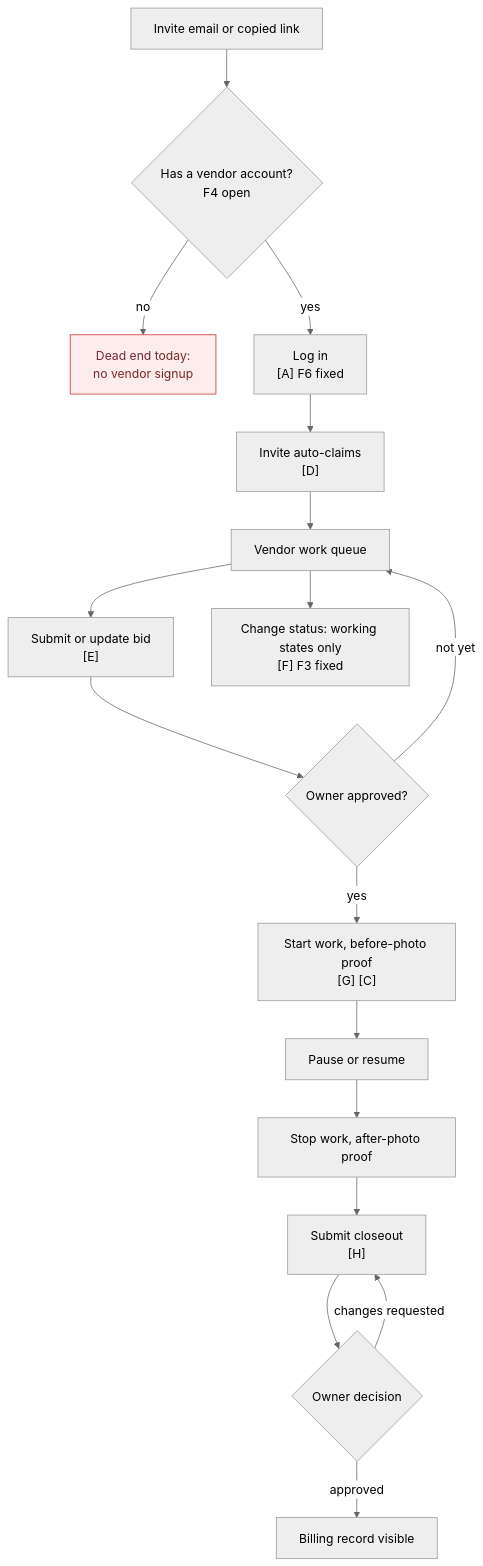
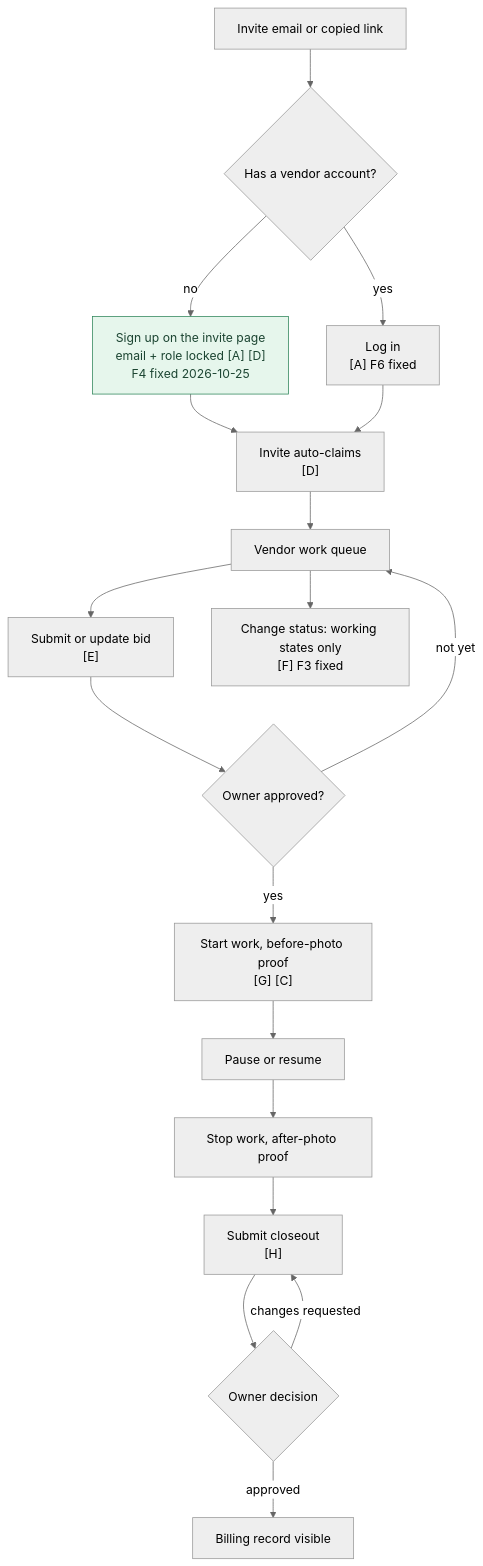
Before and after one commit to hypnoticdata777/turnflow-home: the third of 7 diagrams in docs/00-overview/system-map.md, drawn with Mermaid (neutral theme). The commit also changed other lines of this file and 19 other files, not shown here.

First line of the commit message:
F4: let invited vendors and helpers sign up from their invite

````diff
--- a/docs/00-overview/system-map.md
+++ b/docs/00-overview/system-map.md
@@ -118,21 +118,23 @@
 ```mermaid
 flowchart TD
-  EM[Invite email or copied link] --> ACC{"Has a vendor account?<br/>F4 open"}
-  ACC -- no --> DEAD["Dead end today:<br/>no vendor signup"]:::bad
+  EM[Invite email or copied link] --> ACC{"Has a vendor account?"}
+  ACC -- no --> SIGNUP["Sign up on the invite page<br/>email + role locked [A] [D]<br/>F4 fixed 2026-10-25"]:::good
+  SIGNUP --> CLAIM
   ACC -- yes --> LOGIN["Log in<br/>[A] F6 fixed"]
   LOGIN --> CLAIM["Invite auto-claims<br/>[D]"]
   CLAIM --> QUEUE[Vendor work queue]
   QUEUE --> BID["Submit or update bid<br/>[E]"]
   BID --> APPR{Owner approved?}
   APPR -- not yet --> QUEUE
   APPR -- yes --> START["Start work, before-photo proof<br/>[G] [C]"]
   START --> PAUSE[Pause or resume]
   PAUSE --> STOP["Stop work, after-photo proof"]
   STOP --> CLOSE["Submit closeout<br/>[H]"]
   CLOSE --> REV{Owner decision}
   REV -- changes requested --> CLOSE
   REV -- approved --> PAID[Billing record visible]
   QUEUE --> ST["Change status: working states only<br/>[F] F3 fixed"]
 
   classDef bad fill:#fdecec,stroke:#c53030,color:#742a2a
+  classDef good fill:#e6f6ec,stroke:#2f855a,color:#1c4532
 ```
````
